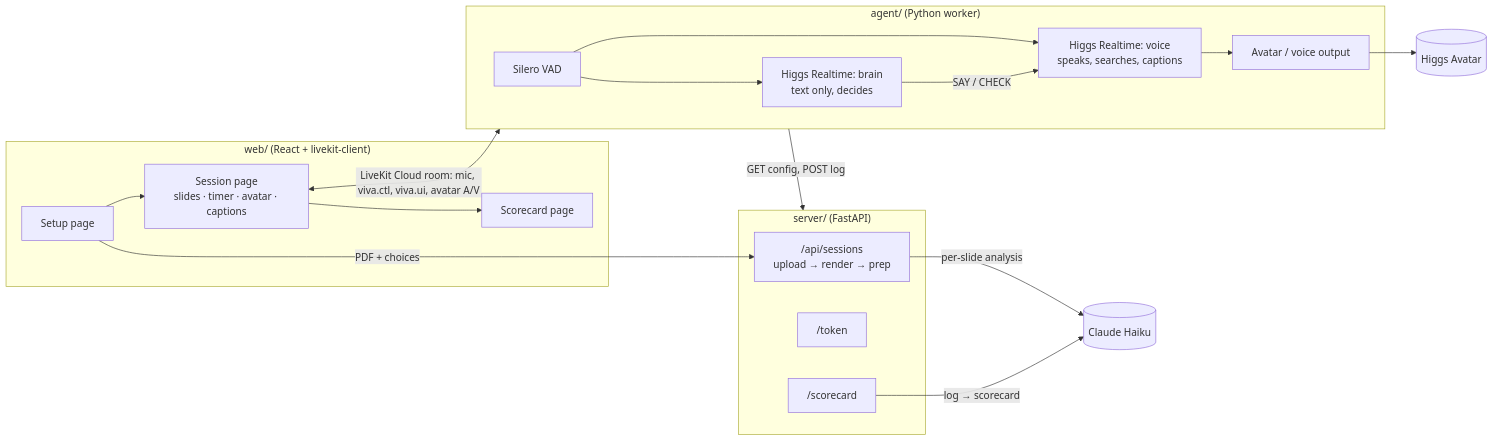
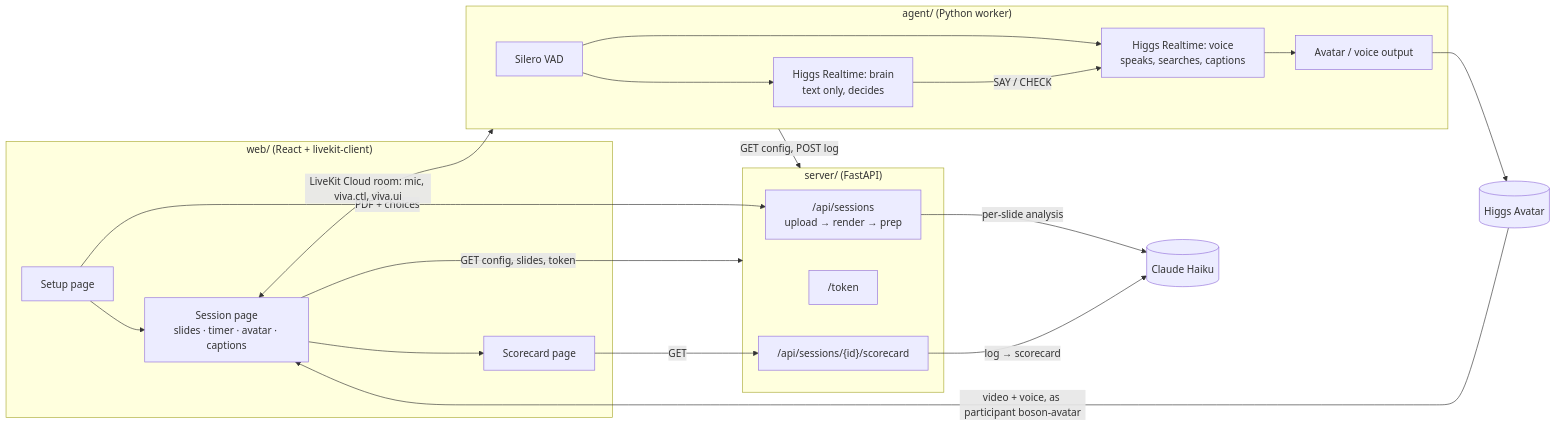
Before and after one commit to kehanxiao/Boson_ai_Hack: the diagram in README.md, drawn with Mermaid. The commit also changed other lines of this file and 5 other files, not shown here.

````diff
--- a/README.md
+++ b/README.md
@@ -39,24 +39,27 @@
 ```mermaid
 flowchart LR
   subgraph Browser["web/ (React + livekit-client)"]
     Setup[Setup page] --> Session[Session page<br/>slides · timer · avatar · captions]
     Session --> Score[Scorecard page]
   end
   subgraph Server["server/ (FastAPI)"]
     API["/api/sessions<br/>upload → render → prep"]
     Tok["/token"]
-    SC["/scorecard"]
+    SC["/api/sessions/{id}/scorecard"]
   end
   subgraph Agent["agent/ (Python worker)"]
     VAD[Silero VAD] --> Brain[Higgs Realtime: brain<br/>text only, decides]
     VAD --> RT[Higgs Realtime: voice<br/>speaks, searches, captions]
     Brain -->|"SAY / CHECK"| RT
     RT --> Out[Avatar / voice output]
   end
   Setup -->|"PDF + choices"| API
   API -->|"per-slide analysis"| Haiku[(Claude Haiku)]
   SC -->|"log → scorecard"| Haiku
-  Session <-->|"LiveKit Cloud room: mic, viva.ctl, viva.ui, avatar A/V"| Agent
+  Session -->|"GET config, slides, token"| Server
+  Score -->|"GET"| SC
+  Session <-->|"LiveKit Cloud room: mic, viva.ctl, viva.ui"| Agent
   Agent -->|"GET config, POST log"| Server
   Out --> Avatar[(Higgs Avatar)]
+  Avatar -->|"video + voice, as participant boson-avatar"| Session
 ```
````
